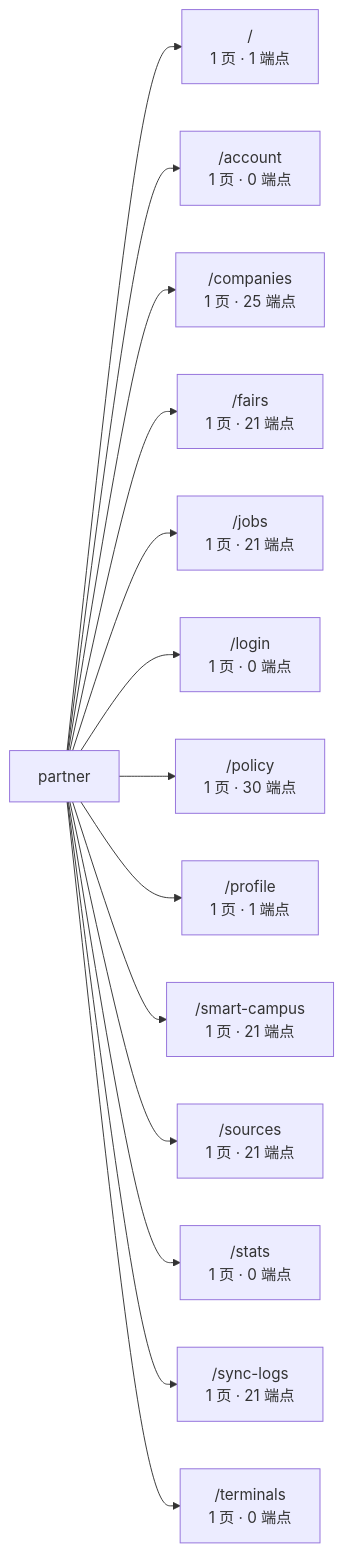
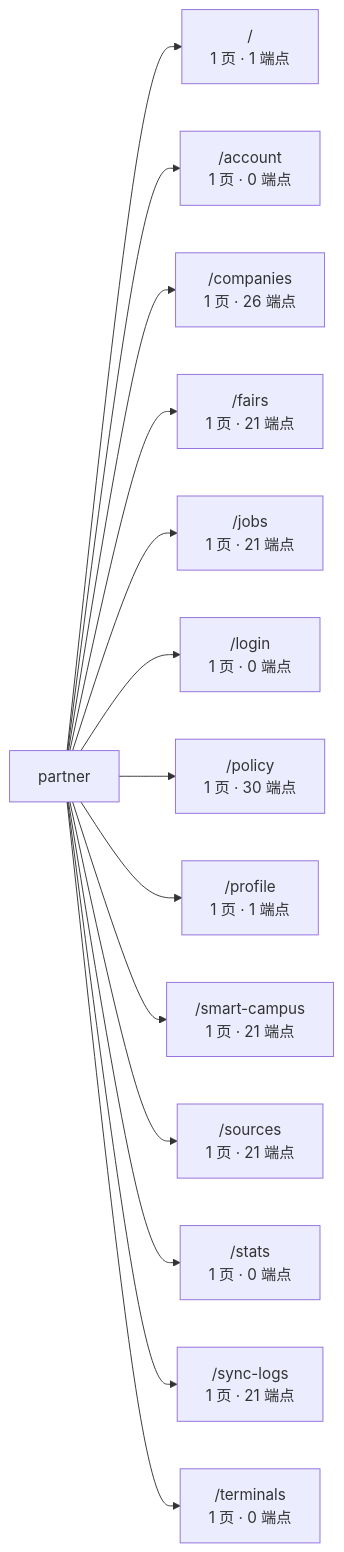
Before and after one commit to wanglei581/YITIJI: the third of 3 diagrams in docs/graph/routes.md, drawn with Mermaid. The commit also changed other lines of this file and 13 other files, not shown here.

First line of the commit message:
chore(repo): 资产体积门禁 + 证据目录 ignore + 修图谱中文名失明 + 删自相矛盾门禁 (#809)

````diff
--- a/docs/graph/routes.md
+++ b/docs/graph/routes.md
@@ -426,17 +426,17 @@
 ```mermaid
 flowchart LR
   app["partner"]
   app --> _root_["/<br/>1 页 · 1 端点"]
   app --> account["/account<br/>1 页 · 0 端点"]
-  app --> companies["/companies<br/>1 页 · 25 端点"]
+  app --> companies["/companies<br/>1 页 · 26 端点"]
   app --> fairs["/fairs<br/>1 页 · 21 端点"]
   app --> jobs["/jobs<br/>1 页 · 21 端点"]
   app --> login["/login<br/>1 页 · 0 端点"]
   app --> policy["/policy<br/>1 页 · 30 端点"]
   app --> profile["/profile<br/>1 页 · 1 端点"]
   app --> smart_campus["/smart-campus<br/>1 页 · 21 端点"]
   app --> sources["/sources<br/>1 页 · 21 端点"]
   app --> stats["/stats<br/>1 页 · 0 端点"]
   app --> sync_logs["/sync-logs<br/>1 页 · 21 端点"]
   app --> terminals["/terminals<br/>1 页 · 0 端点"]
 ```
````
